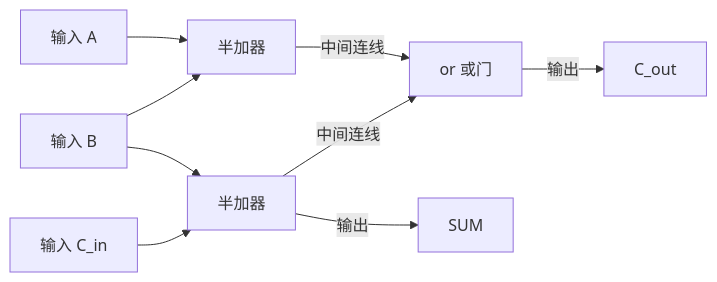
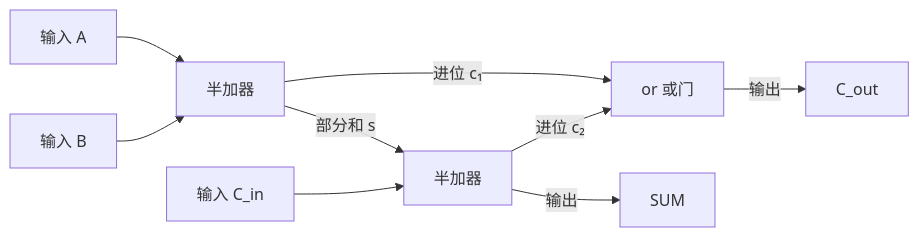
One commit to xiehanff/trans-books-city changed diagram 24 of 36 in books/structure-and-interpretation-of-computer-programs/03-第3章-模块化对象和状态.md. Above: the diagram before and after it, drawn with Mermaid. The commit also changed other lines of this file and 80 other files, not shown here.

````diff
--- a/books/structure-and-interpretation-of-computer-programs/03-第3章-模块化对象和状态.md
+++ b/books/structure-and-interpretation-of-computer-programs/03-第3章-模块化对象和状态.md
@@ -1794,11 +1804,11 @@
 ```mermaid
 flowchart LR
     A["输入 A"] --> HA1["半加器"]
     B["输入 B"] --> HA1
-    B --> HA2["半加器"]
+    HA1 -->|"部分和 s"| HA2["半加器"]
     CIN["输入 C_in"] --> HA2
-    HA1 -->|"中间连线"| OR["or 或门"]
-    HA2 -->|"中间连线"| OR
+    HA1 -->|"进位 c₁"| OR["or 或门"]
+    HA2 -->|"进位 c₂"| OR
     HA2 -->|"输出"| SUM["SUM"]
     OR -->|"输出"| COUT["C_out"]
 ```
````
